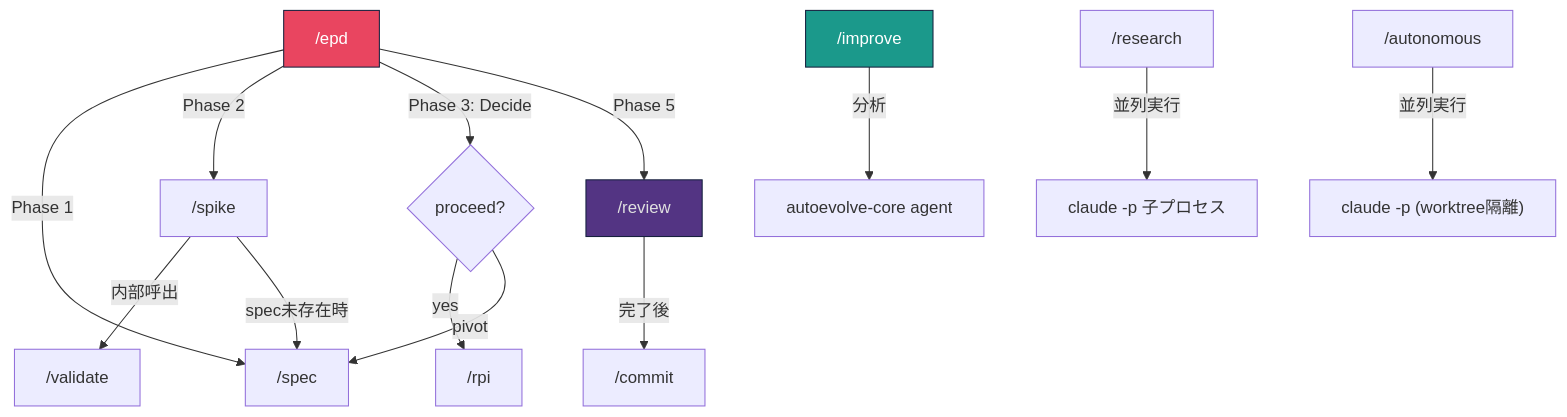
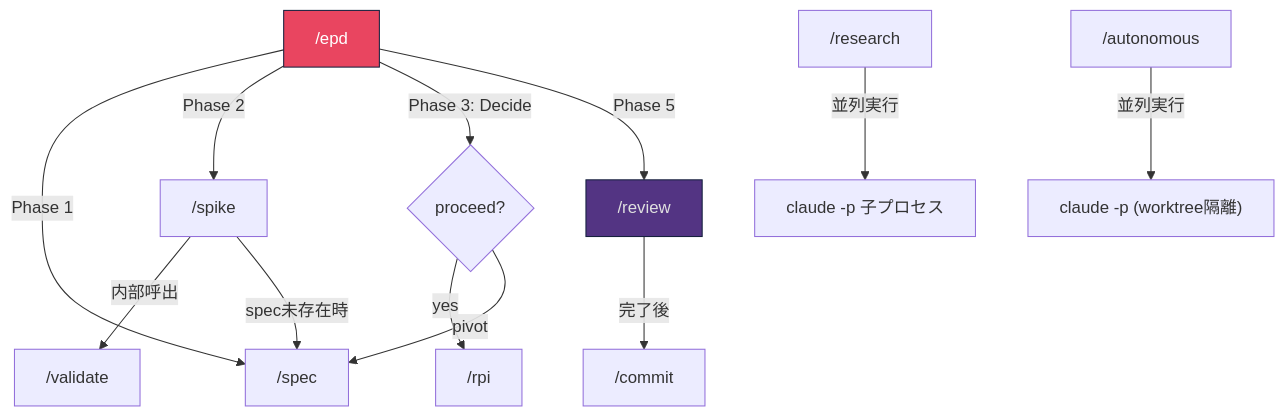
One commit to takeuchi-shogo/dotfiles changed the second of 3 diagrams in .config/claude/README.md. Above: the diagram before and after it, drawn with Mermaid. The commit also changed 1 other file, not shown here.

Commit message:
📝 docs: remove deprecated /improve mermaid node and refresh nix phase note
- .config/claude/README.md: drop /improve mermaid node + edge + style (skill retired 2026-05-03, false-positive 多発)
- nix/README.md: replace stale "Phase 0+A 並走期" header/rule with current progress (B2 done, C1a done, C1b/D pending)

````diff
--- a/.config/claude/README.md
+++ b/.config/claude/README.md
@@ -373,31 +373,28 @@
 ```mermaid
 flowchart TB
     epd["/epd"]
     spec["/spec"]
     spike["/spike"]
     validate["/validate"]
     rpi["/rpi"]
     review["/review"]
     commit["/commit"]
-    improve["/improve"]
     research["/research"]
     autonomous["/autonomous"]
 
     epd -->|"Phase 1"| spec
     epd -->|"Phase 2"| spike
     spike -->|"内部呼出"| validate
     spike -->|"spec未存在時"| spec
     epd -->|"Phase 3: Decide"| decision{proceed?}
     decision -->|"yes"| rpi
     decision -->|"pivot"| spec
     epd -->|"Phase 5"| review
     review -->|"完了後"| commit
 
-    improve -->|"分析"| autoevolveCore["autoevolve-core agent"]
     research -->|"並列実行"| claudeP["claude -p 子プロセス"]
     autonomous -->|"並列実行"| claudeP2["claude -p (worktree隔離)"]
 
     style epd fill:#e94560,stroke:#16213e,color:#ffffff
     style review fill:#533483,stroke:#16213e,color:#e0e0e0
-    style improve fill:#1b998b,stroke:#16213e,color:#ffffff
 ```
````
